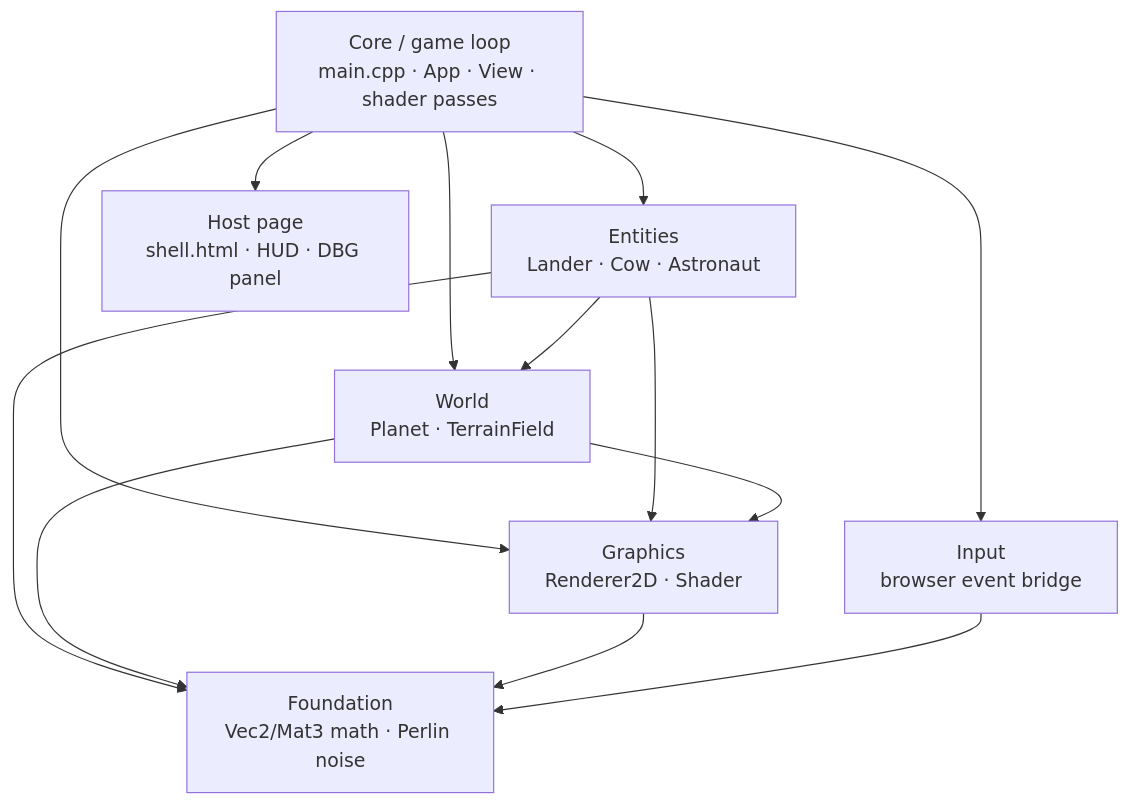
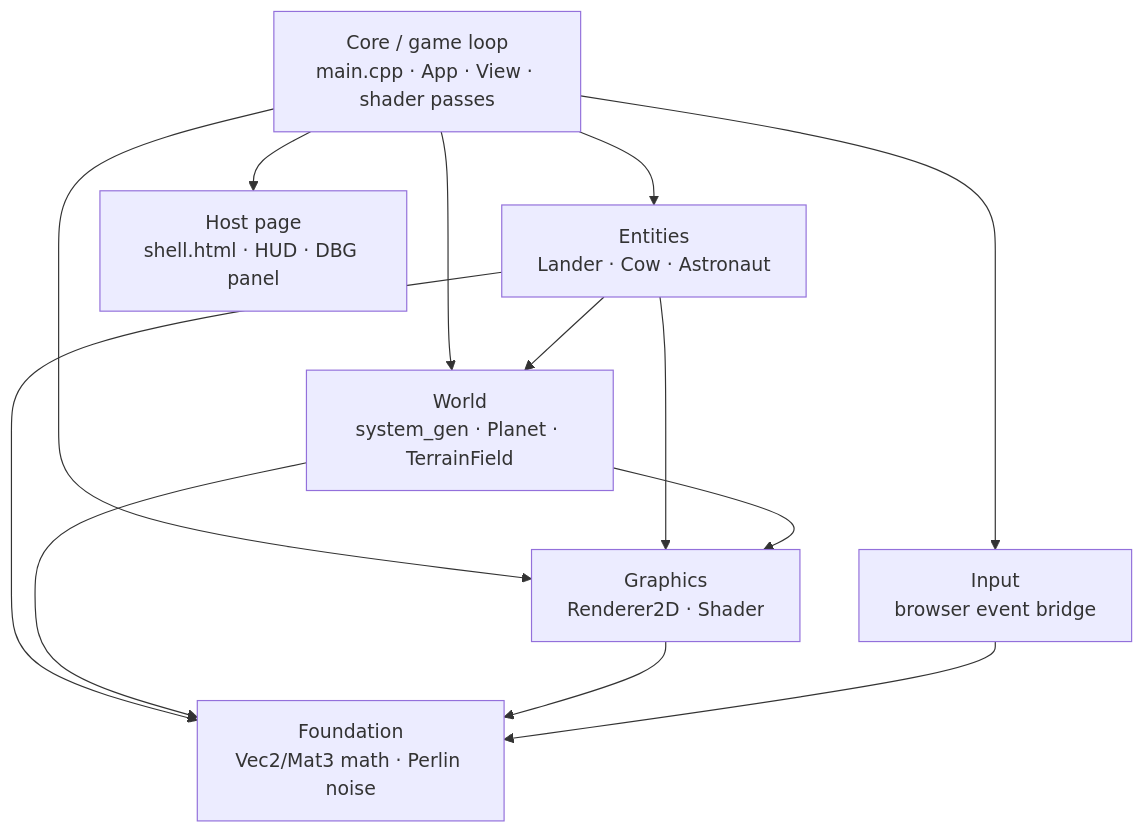
The diagram in docs/overview.md (keithagroves/visitor), drawn with Mermaid before and after one commit. The commit also changed other lines of this file and 36 other files, not shown here.

````diff
--- a/docs/overview.md
+++ b/docs/overview.md
@@ -21,30 +23,30 @@
 ```mermaid
 flowchart TD
     Core["Core / game loop<br/>main.cpp · App · View · shader passes"]
     Entities["Entities<br/>Lander · Cow · Astronaut"]
-    World["World<br/>Planet · TerrainField"]
+    World["World<br/>system_gen · Planet · TerrainField"]
     Graphics["Graphics<br/>Renderer2D · Shader"]
     Input["Input<br/>browser event bridge"]
     Foundation["Foundation<br/>Vec2/Mat3 math · Perlin noise"]
     Host["Host page<br/>shell.html · HUD · DBG panel"]
 
     Core --> Entities
     Core --> World
     Core --> Graphics
     Core --> Input
     Core --> Host
     Entities --> World
     Entities --> Graphics
     World --> Graphics
     Entities --> Foundation
     World --> Foundation
     Graphics --> Foundation
     Input --> Foundation
 
     click Core call navigate("architecture/core.md")
     click Entities call navigate("architecture/entities.md")
     click World call navigate("architecture/world.md")
     click Graphics call navigate("architecture/graphics.md")
     click Input call navigate("architecture/input.md")
     click Foundation call navigate("architecture/foundation.md")
 ```
````
